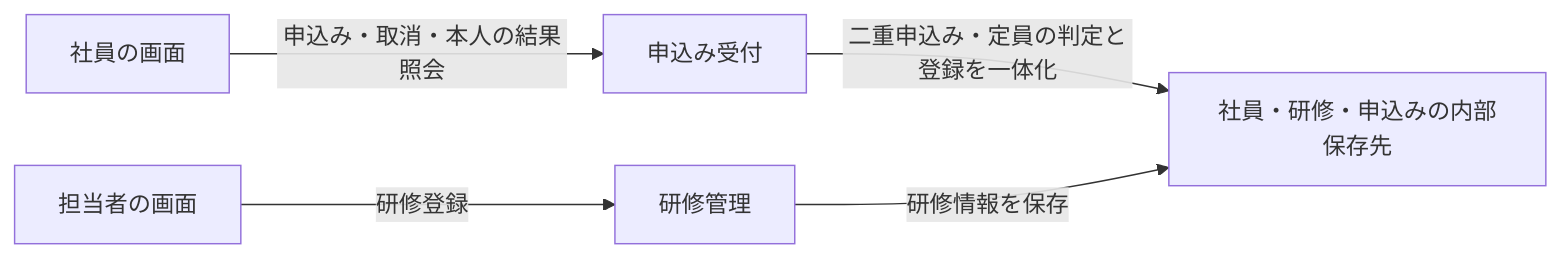
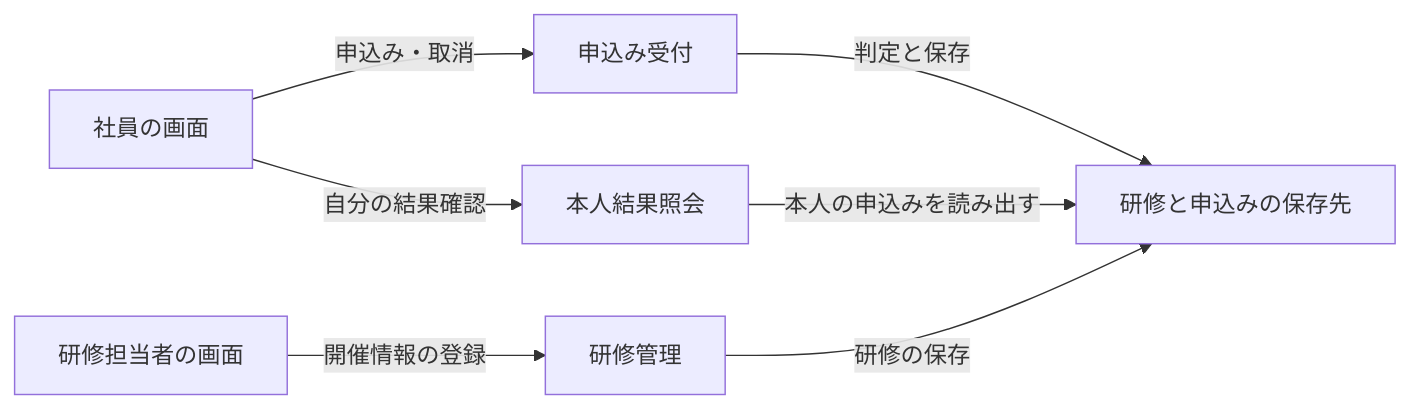
Before and after one commit to yukihito-jokyu/context: the diagram in docs/artifacts/skills/write-basic-design-document/out/diagrams/d-02-component.mmd, drawn with Mermaid. The commit also changed 22 other files, not shown here.

```diff
--- a/docs/artifacts/skills/write-basic-design-document/out/diagrams/d-02-component.mmd
+++ b/docs/artifacts/skills/write-basic-design-document/out/diagrams/d-02-component.mmd
@@ -1,5 +1,7 @@
 flowchart LR
-  employee["社員の画面"] -->|"申込み・取消・本人の結果照会"| intake["申込み受付"]
-  manager["担当者の画面"] -->|"研修登録"| training["研修管理"]
-  intake -->|"二重申込み・定員の判定と登録を一体化"| store["社員・研修・申込みの内部保存先"]
-  training -->|"研修情報を保存"| store
+  employee["社員の画面"] -->|"申込み・取消"| reception["申込み受付"]
+  employee -->|"自分の結果確認"| query["本人結果照会"]
+  manager["研修担当者の画面"] -->|"開催情報の登録"| training["研修管理"]
+  reception -->|"判定と保存"| store["研修と申込みの保存先"]
+  query -->|"本人の申込みを読み出す"| store
+  training -->|"研修の保存"| store
```
